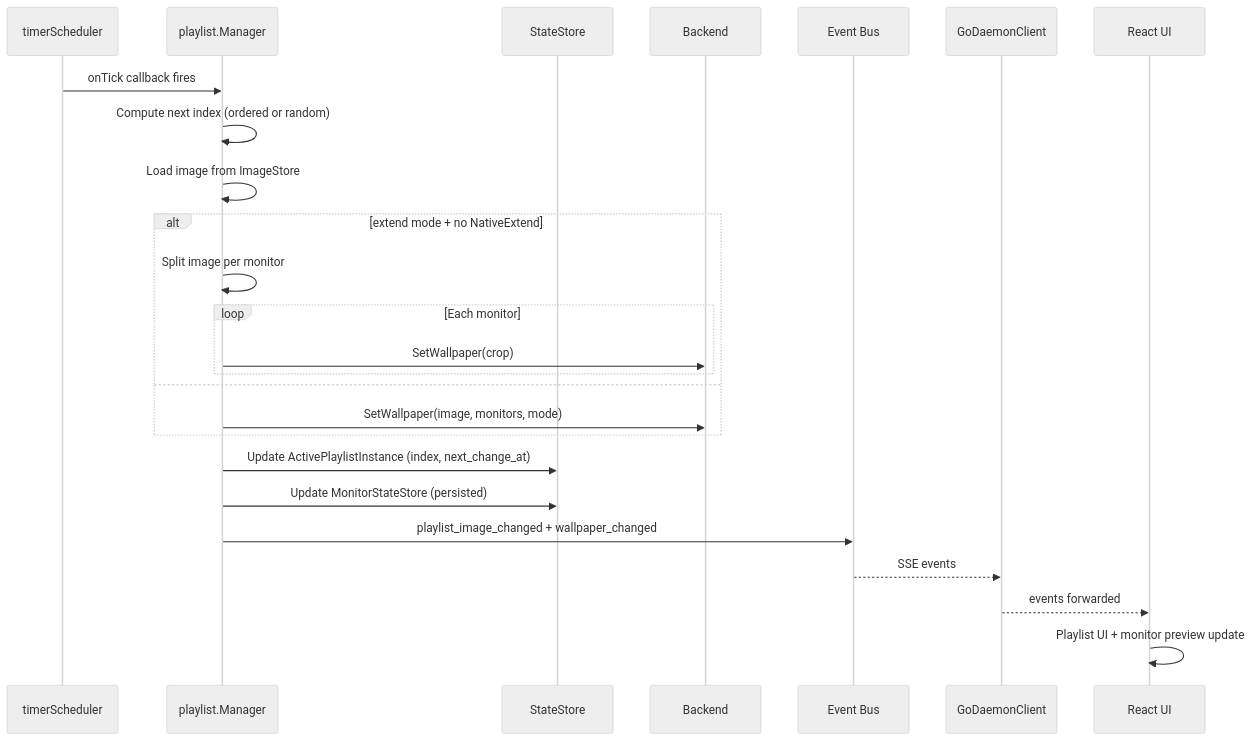
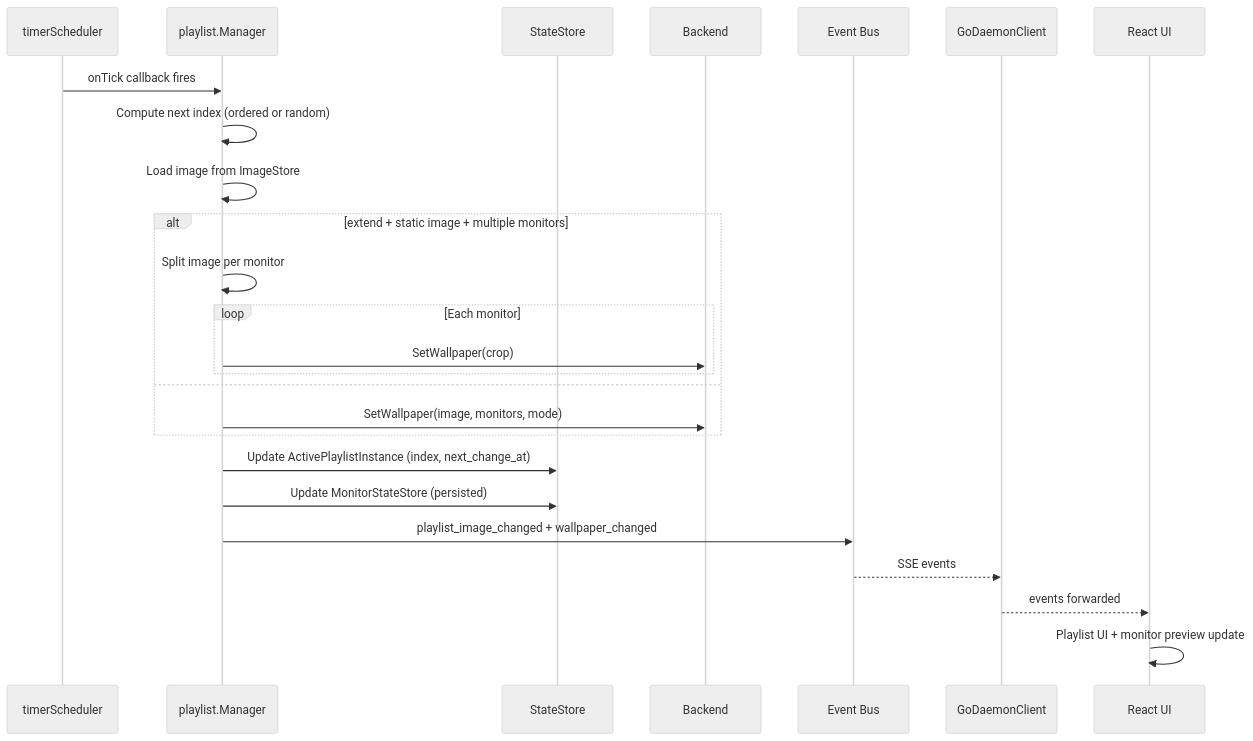
The seventh of 9 diagrams in docs/ARCHITECTURE.md (0bCdian/Waypaper-Engine), drawn with Mermaid (neutral theme) before and after one commit. The commit also changed other lines of this file and 86 other files, not shown here.

````diff
--- a/docs/ARCHITECTURE.md
+++ b/docs/ARCHITECTURE.md
@@ -750,28 +773,28 @@
 ```mermaid
 sequenceDiagram
   participant Sched as timerScheduler
   participant Mgr as playlist.Manager
   participant Store as StateStore
   participant Backend as Backend
   participant Bus as Event Bus
   participant Client as GoDaemonClient
   participant UI as React UI
 
   Sched->>Mgr: onTick callback fires
   Mgr->>Mgr: Compute next index (ordered or random)
   Mgr->>Mgr: Load image from ImageStore
-  alt extend mode + no NativeExtend
+  alt extend + static image + multiple monitors
     Mgr->>Mgr: Split image per monitor
     loop Each monitor
       Mgr->>Backend: SetWallpaper(crop)
     end
   else
     Mgr->>Backend: SetWallpaper(image, monitors, mode)
   end
   Mgr->>Store: Update ActivePlaylistInstance (index, next_change_at)
   Mgr->>Store: Update MonitorStateStore (persisted)
   Mgr->>Bus: playlist_image_changed + wallpaper_changed
   Bus-->>Client: SSE events
   Client-->>UI: events forwarded
   UI->>UI: Playlist UI + monitor preview update
 ```
````
